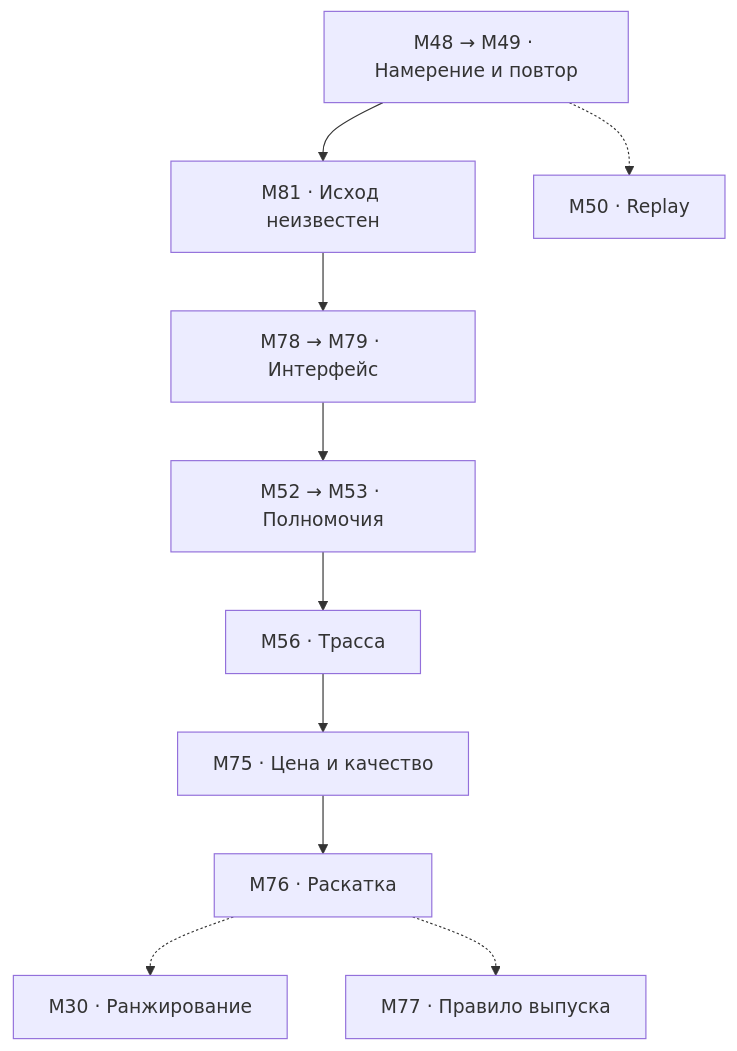
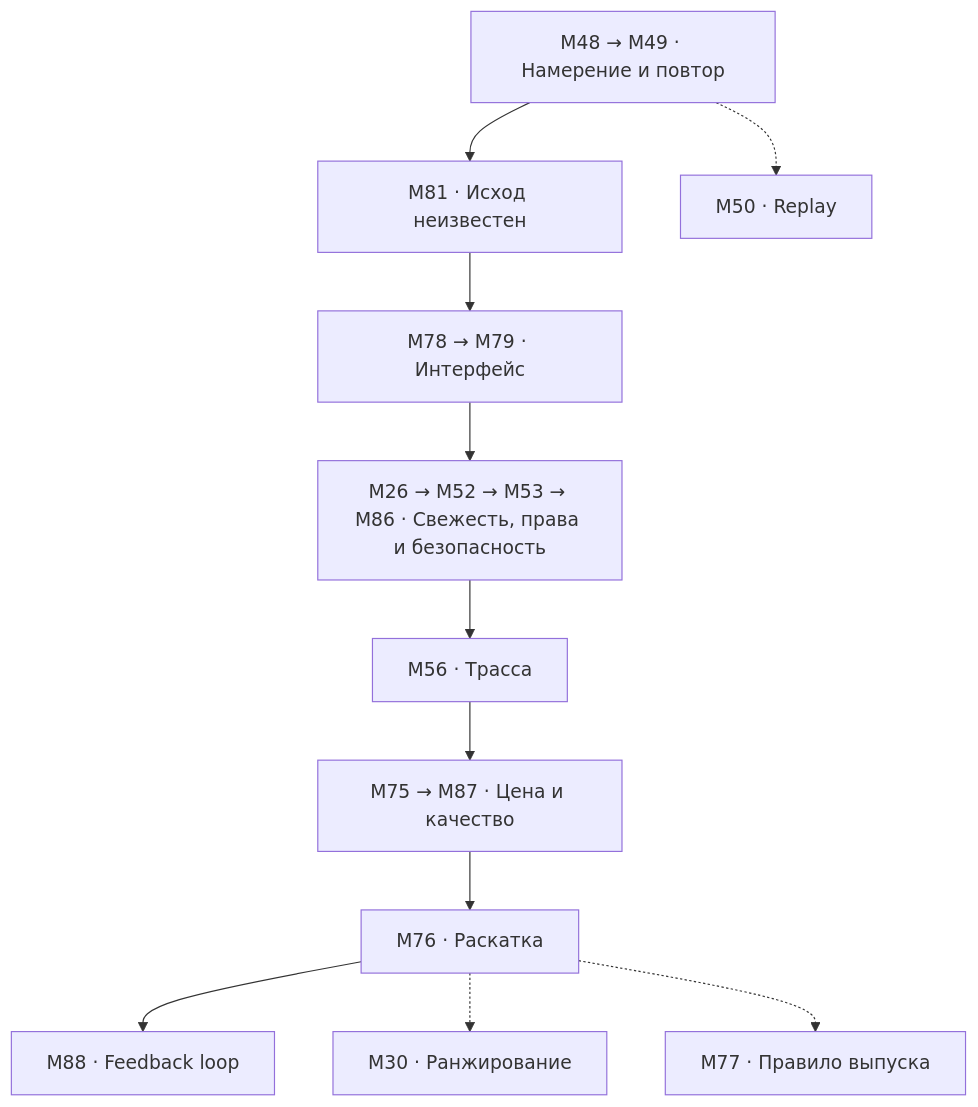
One commit to 620474/applied-ai-reading changed the diagram in production.md. Above: the diagram before and after it, drawn with Mermaid. The commit also changed other lines of this file and 6 other files, not shown here.

Commit message:
Expand Applied AI roadmap: fundamentals, eval statistics, context and production

````diff
--- a/production.md
+++ b/production.md
@@ -5,9 +5,9 @@
 ```mermaid
 flowchart TD
 A["M48 → M49 · Намерение и повтор"] --> B["M81 · Исход неизвестен"] --> C["M78 → M79 · Интерфейс"]
 A -.-> X["M50 · Replay"]
-C --> D["M52 → M53 · Полномочия"] --> E["M56 · Трасса"]
-E --> F["M75 · Цена и качество"] --> G["M76 · Раскатка"]
+C --> D["M26 → M52 → M53 → M86 · Свежесть, права и безопасность"] --> E["M56 · Трасса"]
+E --> F["M75 → M87 · Цена и качество"] --> G["M76 · Раскатка"] --> J["M88 · Feedback loop"]
 G -.-> H["M30 · Ранжирование"]
 G -.-> I["M77 · Правило выпуска"]
 ```
````
